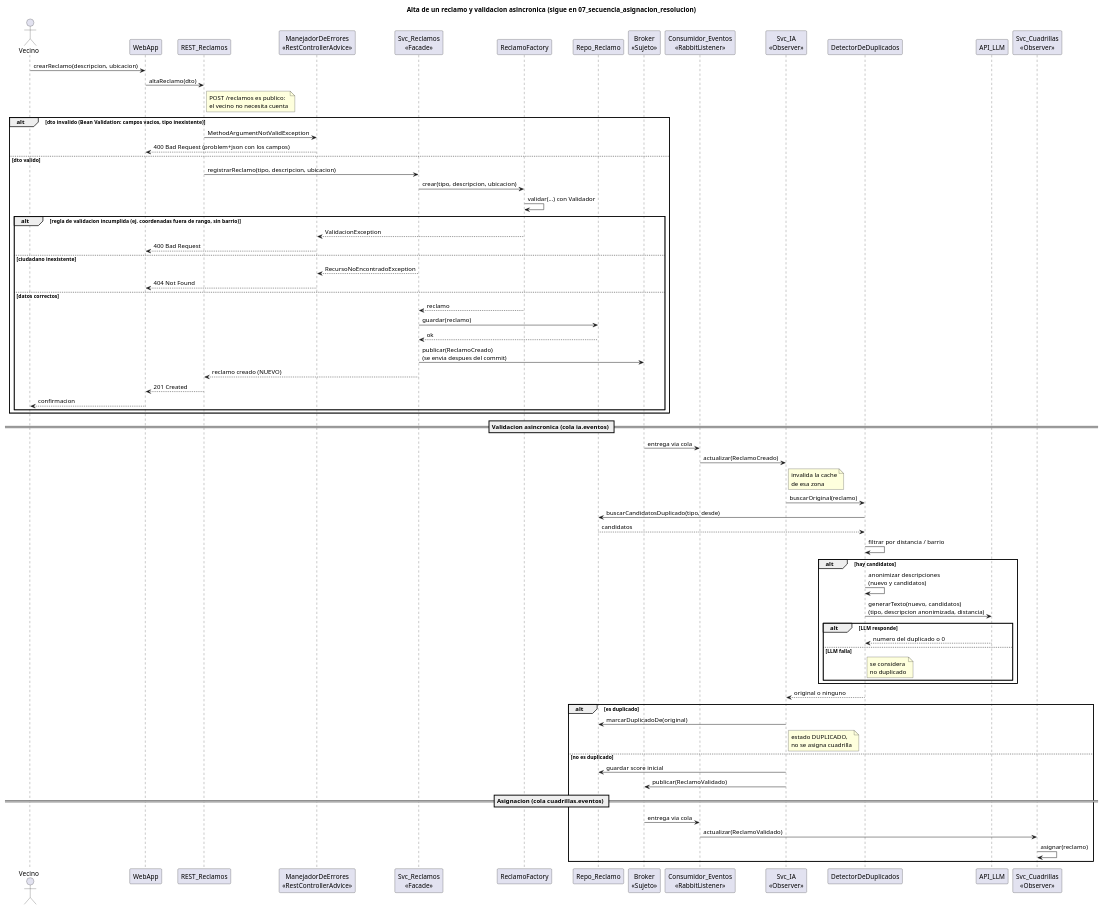
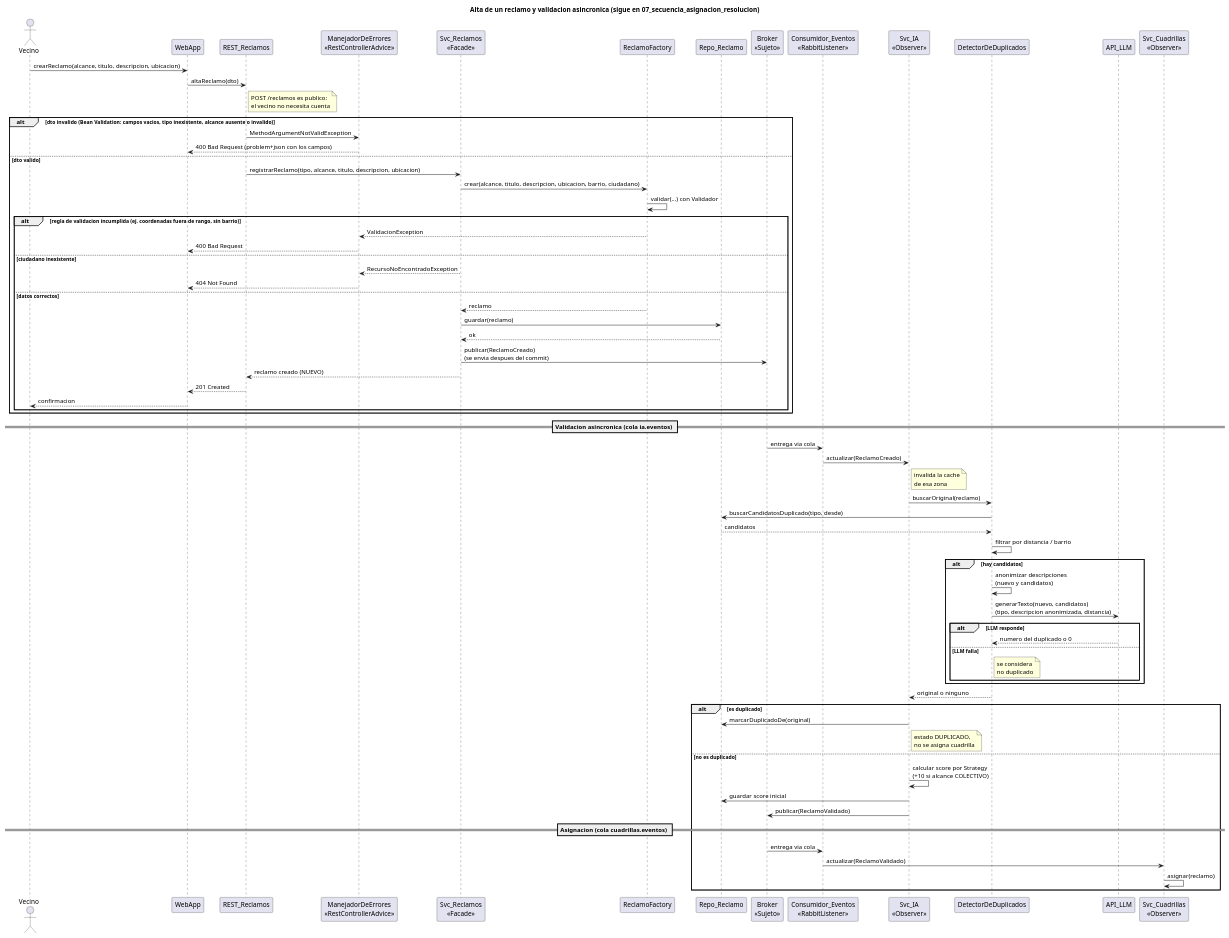
Before and after one commit to francolovera24/Backend-TicketeraMunicipal-DDA2: the diagram in docs/02_secuencia_reclamo_creado.puml, drawn with PlantUML. The commit also changed 36 other files, not shown here.

Commit message:
feat: incorporar alcance personal y colectivo con adicional de criticidad

```diff
--- a/docs/02_secuencia_reclamo_creado.puml
+++ b/docs/02_secuencia_reclamo_creado.puml
@@ -1,81 +1,82 @@
 @startuml
 title Alta de un reclamo y validacion asincronica (sigue en 07_secuencia_asignacion_resolucion)
 
 actor Vecino
 participant WebApp
 participant "REST_Reclamos" as REST
 participant "ManejadorDeErrores\n<<RestControllerAdvice>>" as Errores
 participant "Svc_Reclamos\n<<Facade>>" as Svc
 participant "ReclamoFactory" as Factory
 participant "Repo_Reclamo" as Repo
 participant "Broker\n<<Sujeto>>" as Broker
 participant "Consumidor_Eventos\n<<RabbitListener>>" as Consumidor
 participant "Svc_IA\n<<Observer>>" as IA
 participant "DetectorDeDuplicados" as Detector
 participant "API_LLM" as LLM
 participant "Svc_Cuadrillas\n<<Observer>>" as Cuadrillas
 
-Vecino -> WebApp : crearReclamo(descripcion, ubicacion)
+Vecino -> WebApp : crearReclamo(alcance, titulo, descripcion, ubicacion)
 WebApp -> REST : altaReclamo(dto)
 note right of REST : POST /reclamos es publico:\nel vecino no necesita cuenta
 
-alt dto invalido (Bean Validation: campos vacios, tipo inexistente)
+alt dto invalido (Bean Validation: campos vacios, tipo inexistente, alcance ausente o invalido)
     REST -> Errores : MethodArgumentNotValidException
     Errores --> WebApp : 400 Bad Request (problem+json con los campos)
 else dto valido
-    REST -> Svc : registrarReclamo(tipo, descripcion, ubicacion)
-    Svc -> Factory : crear(tipo, descripcion, ubicacion)
+    REST -> Svc : registrarReclamo(tipo, alcance, titulo, descripcion, ubicacion)
+    Svc -> Factory : crear(alcance, titulo, descripcion, ubicacion, barrio, ciudadano)
     Factory -> Factory : validar(...) con Validador
 
     alt regla de validacion incumplida (ej. coordenadas fuera de rango, sin barrio)
         Factory --> Errores : ValidacionException
         Errores --> WebApp : 400 Bad Request
     else ciudadano inexistente
         Svc --> Errores : RecursoNoEncontradoException
         Errores --> WebApp : 404 Not Found
     else datos correctos
         Factory --> Svc : reclamo
         Svc -> Repo : guardar(reclamo)
         Repo --> Svc : ok
         Svc -> Broker : publicar(ReclamoCreado)\n(se envia despues del commit)
         Svc --> REST : reclamo creado (NUEVO)
         REST --> WebApp : 201 Created
         WebApp --> Vecino : confirmacion
     end
 end
 
 == Validacion asincronica (cola ia.eventos) ==
 
 Broker -> Consumidor : entrega via cola
 Consumidor -> IA : actualizar(ReclamoCreado)
 note right of IA : invalida la cache\nde esa zona
 IA -> Detector : buscarOriginal(reclamo)
 Detector -> Repo : buscarCandidatosDuplicado(tipo, desde)
 Repo --> Detector : candidatos
 Detector -> Detector : filtrar por distancia / barrio
 
 alt hay candidatos
     Detector -> Detector : anonimizar descripciones\n(nuevo y candidatos)
     Detector -> LLM : generarTexto(nuevo, candidatos)\n(tipo, descripcion anonimizada, distancia)
     alt LLM responde
         LLM --> Detector : numero del duplicado o 0
     else LLM falla
         note right of Detector : se considera\nno duplicado
     end
 end
 Detector --> IA : original o ninguno
 
 alt es duplicado
     IA -> Repo : marcarDuplicadoDe(original)
     note right of IA : estado DUPLICADO,\nno se asigna cuadrilla
 else no es duplicado
+    IA -> IA : calcular score por Strategy\n(+10 si alcance COLECTIVO)
     IA -> Repo : guardar score inicial
     IA -> Broker : publicar(ReclamoValidado)
 
     == Asignacion (cola cuadrillas.eventos) ==
 
     Broker -> Consumidor : entrega via cola
     Consumidor -> Cuadrillas : actualizar(ReclamoValidado)
     Cuadrillas -> Cuadrillas : asignar(reclamo)
 end
 @enduml
```
